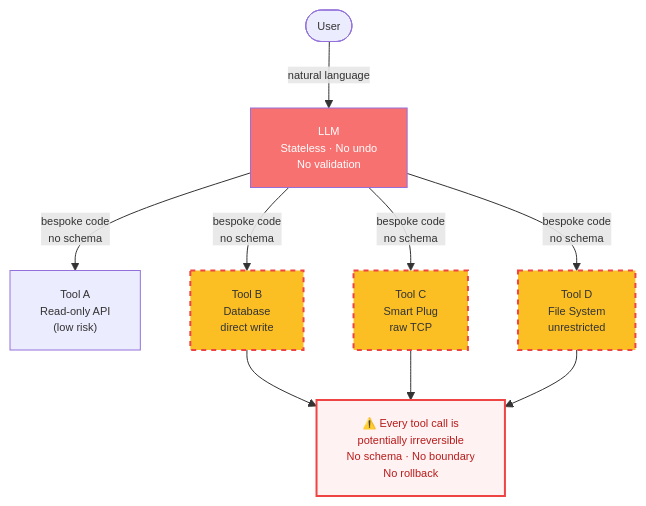
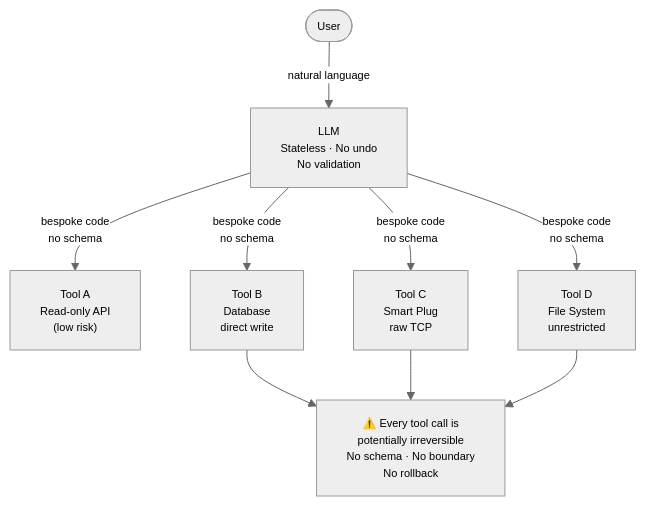
The first of 8 diagrams in workflow/workflow.md (the-write-path-code/ch08-model-context-protocol), drawn with Mermaid before and after one commit. The commit also changed other lines of this file, not shown here.

Commit message:
Update mermaid diagram themes in workflow.md

````diff
--- a/workflow/workflow.md
+++ b/workflow/workflow.md
@@ -17,24 +17,19 @@
 ```mermaid
-%%{init: {"themeVariables": {"fontFamily": "Arial, Helvetica, sans-serif", "fontSize": "11px", "actorFontSize": "11px", "noteFontSize": "10px", "messageFontSize": "10px"}}}%%
+%%{init: {"theme": "neutral", "themeVariables": {"fontFamily": "Arial, Helvetica, sans-serif", "fontSize": "11px", "actorFontSize": "11px", "noteFontSize": "10px", "messageFontSize": "10px"}}}%%
 flowchart TD
     U(["User"])
     LLM["LLM\nStateless · No undo\nNo validation"]
     T1["Tool A\nRead-only API\n(low risk)"]
     T2["Tool B\nDatabase\ndirect write"]
     T3["Tool C\nSmart Plug\nraw TCP"]
     T4["Tool D\nFile System\nunrestricted"]
     WARN["⚠️ Every tool call is\npotentially irreversible\nNo schema · No boundary\nNo rollback"]
 
     U -->|natural language| LLM
     LLM -->|"bespoke code\nno schema"| T1
     LLM -->|"bespoke code\nno schema"| T2
     LLM -->|"bespoke code\nno schema"| T3
     LLM -->|"bespoke code\nno schema"| T4
     T2 & T3 & T4 --> WARN
 
-    style LLM fill:#f87171,color:#fff
-    style T2 fill:#fbbf24,stroke:#ef4444,stroke-width:2px,stroke-dasharray:5 5
-    style T3 fill:#fbbf24,stroke:#ef4444,stroke-width:2px,stroke-dasharray:5 5
-    style T4 fill:#fbbf24,stroke:#ef4444,stroke-width:2px,stroke-dasharray:5 5
-    style WARN fill:#fef2f2,stroke:#ef4444,stroke-width:2px,color:#b91c1c
 ```
````
